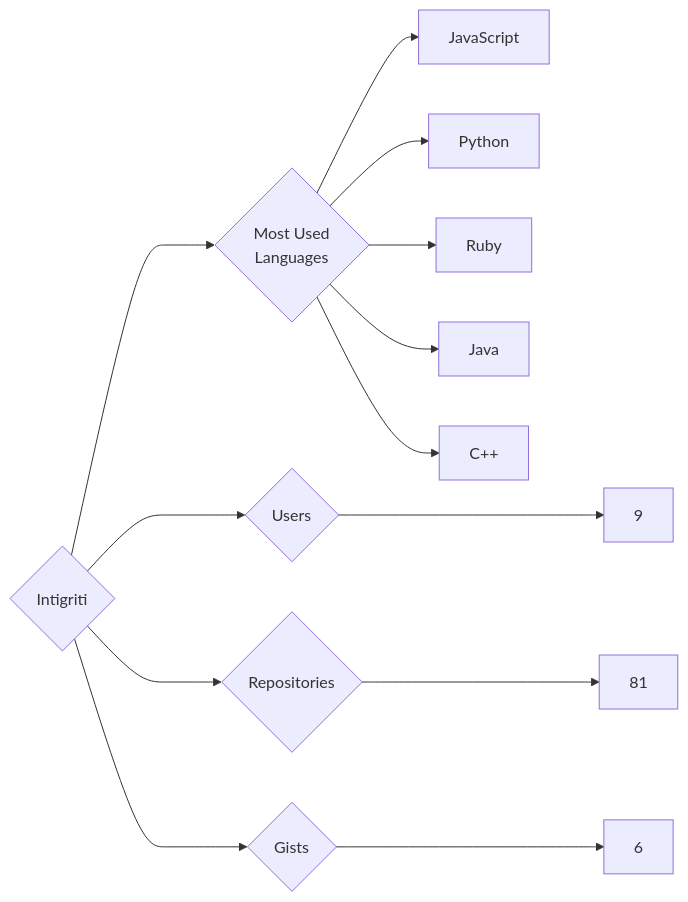
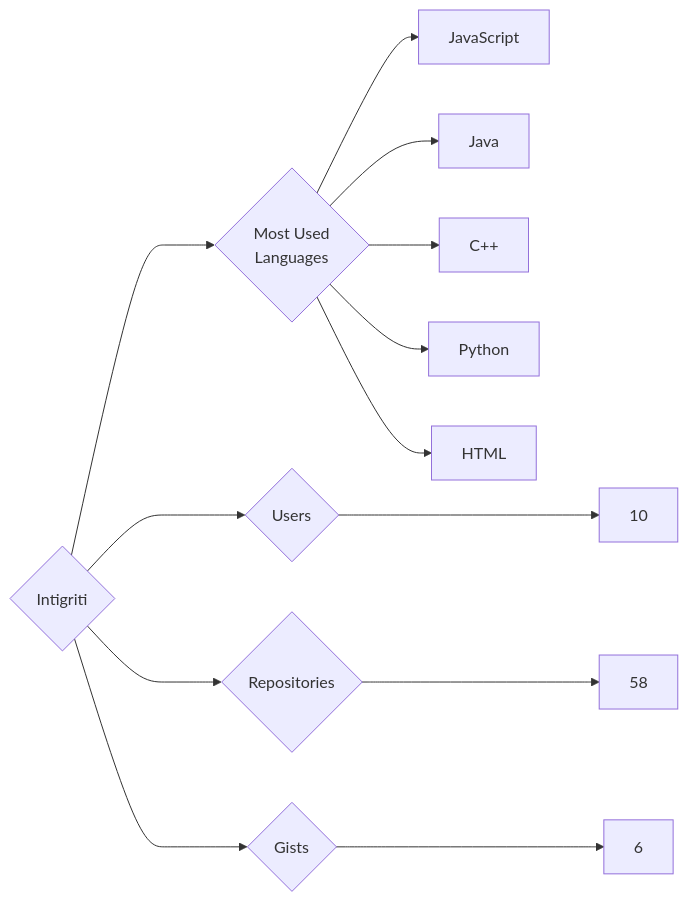
One commit to trickest/insiders changed the diagram in targets/Intigriti/README.md. Above: the diagram before and after it, drawn with Mermaid. The commit also changed 682 other files, not shown here.

````diff
--- a/targets/Intigriti/README.md
+++ b/targets/Intigriti/README.md
@@ -3,13 +3,13 @@
 ```mermaid
 graph LR
 COMPANY_NAME{Intigriti}
-COMPANY_NAME ---> U{Users} ---> UN[9]
-COMPANY_NAME ---> R{Repositories} ---> RN[81]
+COMPANY_NAME ---> U{Users} ---> UN[10]
+COMPANY_NAME ---> R{Repositories} ---> RN[58]
 COMPANY_NAME ---> G{Gists} ---> GN[6]
 COMPANY_NAME ---> ML{Most Used<br>Languages}
 ML --> JavaScript[JavaScript]
-ML --> Python[Python]
-ML --> Ruby[Ruby]
 ML --> Java[Java]
 ML --> C++[C++]
+ML --> Python[Python]
+ML --> HTML[HTML]
 ```
````
